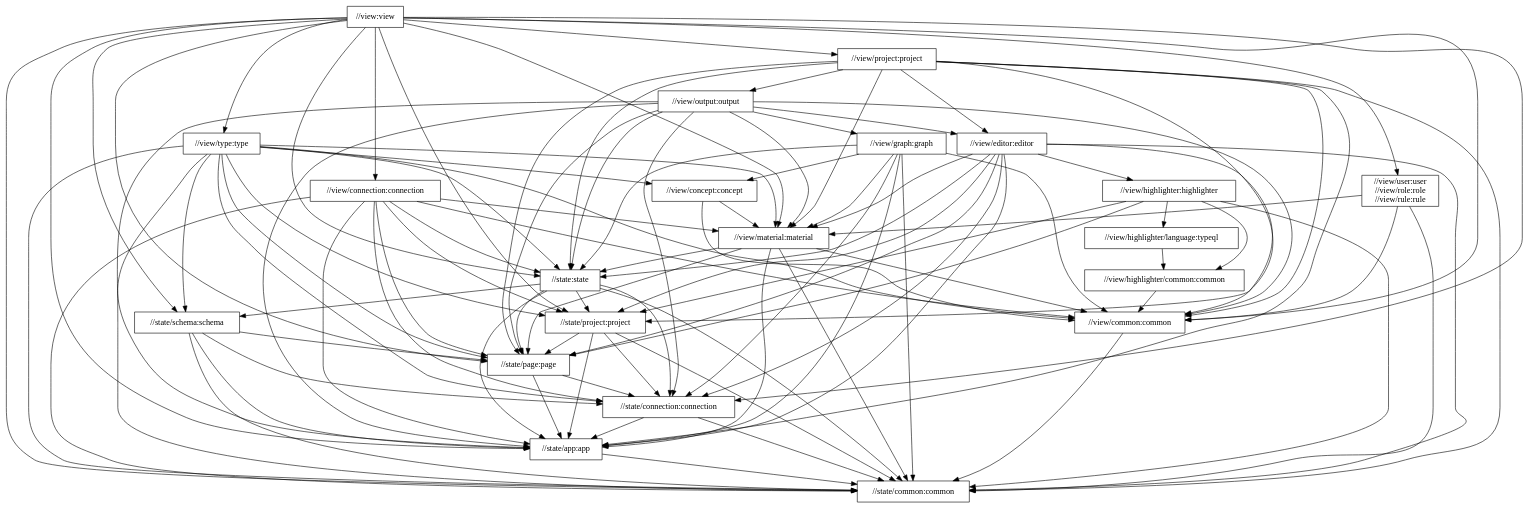
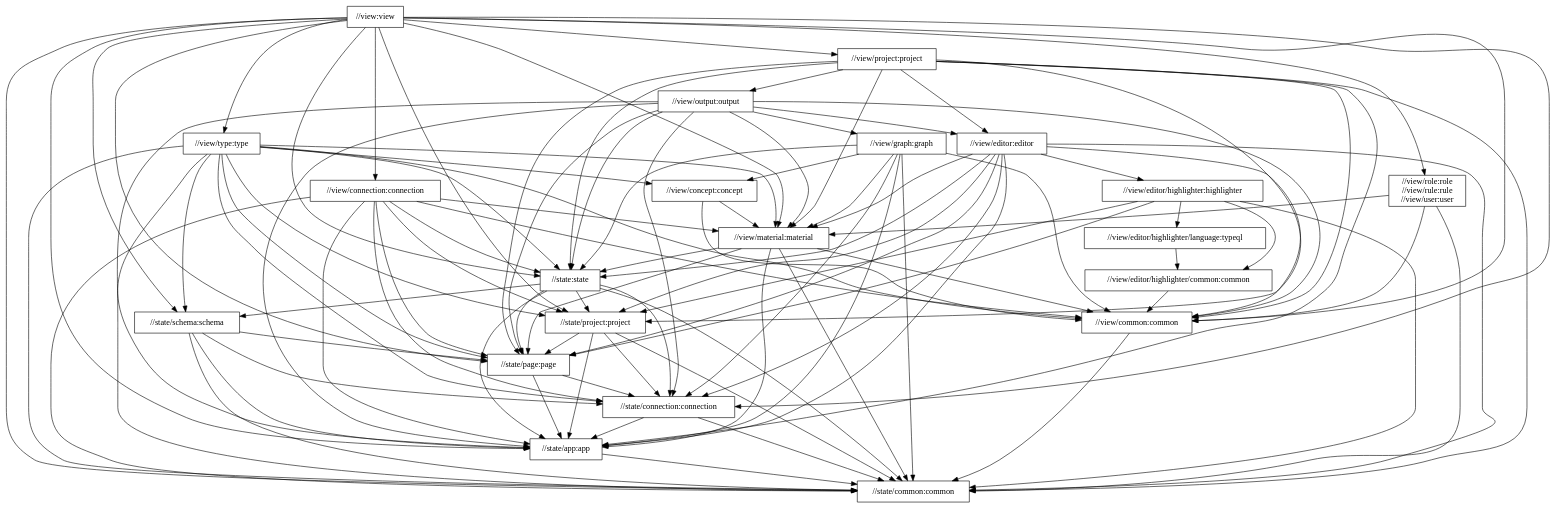
The diagram in docs/global-package-structure.dot (typedb/typedb-studio), drawn with Graphviz before and after one commit. The commit also changed 5 other files, not shown here.

```diff
--- a/docs/global-package-structure.dot
+++ b/docs/global-package-structure.dot
@@ -1,126 +1,126 @@
 digraph mygraph {
   node [shape=box];
   "//view:view"
-  "//view:view" -> "//view/user:user\n//view/role:role\n//view/rule:rule"
+  "//view:view" -> "//view/role:role\n//view/rule:rule\n//view/user:user"
   "//view:view" -> "//state:state"
   "//view:view" -> "//state/app:app"
   "//view:view" -> "//state/common:common"
   "//view:view" -> "//state/connection:connection"
   "//view:view" -> "//state/page:page"
   "//view:view" -> "//state/project:project"
   "//view:view" -> "//state/schema:schema"
   "//view:view" -> "//view/common:common"
   "//view:view" -> "//view/connection:connection"
   "//view:view" -> "//view/material:material"
   "//view:view" -> "//view/project:project"
   "//view:view" -> "//view/type:type"
   "//view/type:type"
   "//view/type:type" -> "//state:state"
   "//view/type:type" -> "//state/app:app"
   "//view/type:type" -> "//state/common:common"
   "//view/type:type" -> "//state/connection:connection"
   "//view/type:type" -> "//state/page:page"
   "//view/type:type" -> "//state/project:project"
   "//view/type:type" -> "//state/schema:schema"
   "//view/type:type" -> "//view/common:common"
   "//view/type:type" -> "//view/concept:concept"
   "//view/type:type" -> "//view/material:material"
+  "//view/role:role\n//view/rule:rule\n//view/user:user"
+  "//view/role:role\n//view/rule:rule\n//view/user:user" -> "//state/common:common"
+  "//view/role:role\n//view/rule:rule\n//view/user:user" -> "//view/common:common"
+  "//view/role:role\n//view/rule:rule\n//view/user:user" -> "//view/material:material"
+  "//view/connection:connection"
+  "//view/connection:connection" -> "//state:state"
+  "//view/connection:connection" -> "//state/app:app"
+  "//view/connection:connection" -> "//state/common:common"
+  "//view/connection:connection" -> "//state/connection:connection"
+  "//view/connection:connection" -> "//state/page:page"
+  "//view/connection:connection" -> "//state/project:project"
+  "//view/connection:connection" -> "//view/common:common"
+  "//view/connection:connection" -> "//view/material:material"
   "//view/project:project"
   "//view/project:project" -> "//state:state"
   "//view/project:project" -> "//state/app:app"
   "//view/project:project" -> "//state/common:common"
   "//view/project:project" -> "//state/page:page"
   "//view/project:project" -> "//state/project:project"
   "//view/project:project" -> "//view/common:common"
   "//view/project:project" -> "//view/editor:editor"
   "//view/project:project" -> "//view/material:material"
   "//view/project:project" -> "//view/output:output"
   "//view/output:output"
   "//view/output:output" -> "//state:state"
   "//view/output:output" -> "//state/app:app"
   "//view/output:output" -> "//state/common:common"
   "//view/output:output" -> "//state/connection:connection"
   "//view/output:output" -> "//state/page:page"
   "//view/output:output" -> "//view/common:common"
   "//view/output:output" -> "//view/editor:editor"
   "//view/output:output" -> "//view/graph:graph"
   "//view/output:output" -> "//view/material:material"
   "//view/editor:editor"
   "//view/editor:editor" -> "//state:state"
   "//view/editor:editor" -> "//state/app:app"
   "//view/editor:editor" -> "//state/common:common"
   "//view/editor:editor" -> "//state/connection:connection"
   "//view/editor:editor" -> "//state/page:page"
   "//view/editor:editor" -> "//state/project:project"
   "//view/editor:editor" -> "//view/common:common"
-  "//view/editor:editor" -> "//view/highlighter:highlighter"
+  "//view/editor:editor" -> "//view/editor/highlighter:highlighter"
   "//view/editor:editor" -> "//view/material:material"
-  "//view/connection:connection"
-  "//view/connection:connection" -> "//state:state"
-  "//view/connection:connection" -> "//state/app:app"
-  "//view/connection:connection" -> "//state/common:common"
-  "//view/connection:connection" -> "//state/connection:connection"
-  "//view/connection:connection" -> "//state/page:page"
-  "//view/connection:connection" -> "//state/project:project"
-  "//view/connection:connection" -> "//view/common:common"
-  "//view/connection:connection" -> "//view/material:material"
-  "//view/highlighter:highlighter"
-  "//view/highlighter:highlighter" -> "//state/common:common"
-  "//view/highlighter:highlighter" -> "//state/page:page"
-  "//view/highlighter:highlighter" -> "//state/project:project"
-  "//view/highlighter:highlighter" -> "//view/highlighter/common:common"
-  "//view/highlighter:highlighter" -> "//view/highlighter/language:typeql"
-  "//view/highlighter/language:typeql"
-  "//view/highlighter/language:typeql" -> "//view/highlighter/common:common"
-  "//view/highlighter/common:common"
-  "//view/highlighter/common:common" -> "//view/common:common"
-  "//view/user:user\n//view/role:role\n//view/rule:rule"
-  "//view/user:user\n//view/role:role\n//view/rule:rule" -> "//state/common:common"
-  "//view/user:user\n//view/role:role\n//view/rule:rule" -> "//view/common:common"
-  "//view/user:user\n//view/role:role\n//view/rule:rule" -> "//view/material:material"
+  "//view/editor/highlighter:highlighter"
+  "//view/editor/highlighter:highlighter" -> "//state/common:common"
+  "//view/editor/highlighter:highlighter" -> "//state/page:page"
+  "//view/editor/highlighter:highlighter" -> "//state/project:project"
+  "//view/editor/highlighter:highlighter" -> "//view/editor/highlighter/common:common"
+  "//view/editor/highlighter:highlighter" -> "//view/editor/highlighter/language:typeql"
+  "//view/editor/highlighter/language:typeql"
+  "//view/editor/highlighter/language:typeql" -> "//view/editor/highlighter/common:common"
+  "//view/editor/highlighter/common:common"
+  "//view/editor/highlighter/common:common" -> "//view/common:common"
   "//view/graph:graph"
   "//view/graph:graph" -> "//state:state"
   "//view/graph:graph" -> "//state/app:app"
   "//view/graph:graph" -> "//state/common:common"
   "//view/graph:graph" -> "//state/connection:connection"
   "//view/graph:graph" -> "//view/common:common"
   "//view/graph:graph" -> "//view/concept:concept"
   "//view/graph:graph" -> "//view/material:material"
   "//view/concept:concept"
   "//view/concept:concept" -> "//view/common:common"
   "//view/concept:concept" -> "//view/material:material"
   "//view/material:material"
   "//view/material:material" -> "//state:state"
   "//view/material:material" -> "//state/app:app"
   "//view/material:material" -> "//state/common:common"
   "//view/material:material" -> "//state/page:page"
   "//view/material:material" -> "//view/common:common"
   "//view/common:common"
   "//view/common:common" -> "//state/common:common"
   "//state:state"
   "//state:state" -> "//state/app:app"
   "//state:state" -> "//state/common:common"
   "//state:state" -> "//state/connection:connection"
   "//state:state" -> "//state/page:page"
   "//state:state" -> "//state/project:project"
   "//state:state" -> "//state/schema:schema"
   "//state/schema:schema"
   "//state/schema:schema" -> "//state/app:app"
   "//state/schema:schema" -> "//state/common:common"
   "//state/schema:schema" -> "//state/connection:connection"
   "//state/schema:schema" -> "//state/page:page"
   "//state/project:project"
   "//state/project:project" -> "//state/app:app"
   "//state/project:project" -> "//state/common:common"
   "//state/project:project" -> "//state/connection:connection"
   "//state/project:project" -> "//state/page:page"
   "//state/page:page"
   "//state/page:page" -> "//state/app:app"
   "//state/page:page" -> "//state/connection:connection"
   "//state/connection:connection"
   "//state/connection:connection" -> "//state/app:app"
   "//state/connection:connection" -> "//state/common:common"
   "//state/app:app"
   "//state/app:app" -> "//state/common:common"
   "//state/common:common"
 }
```
